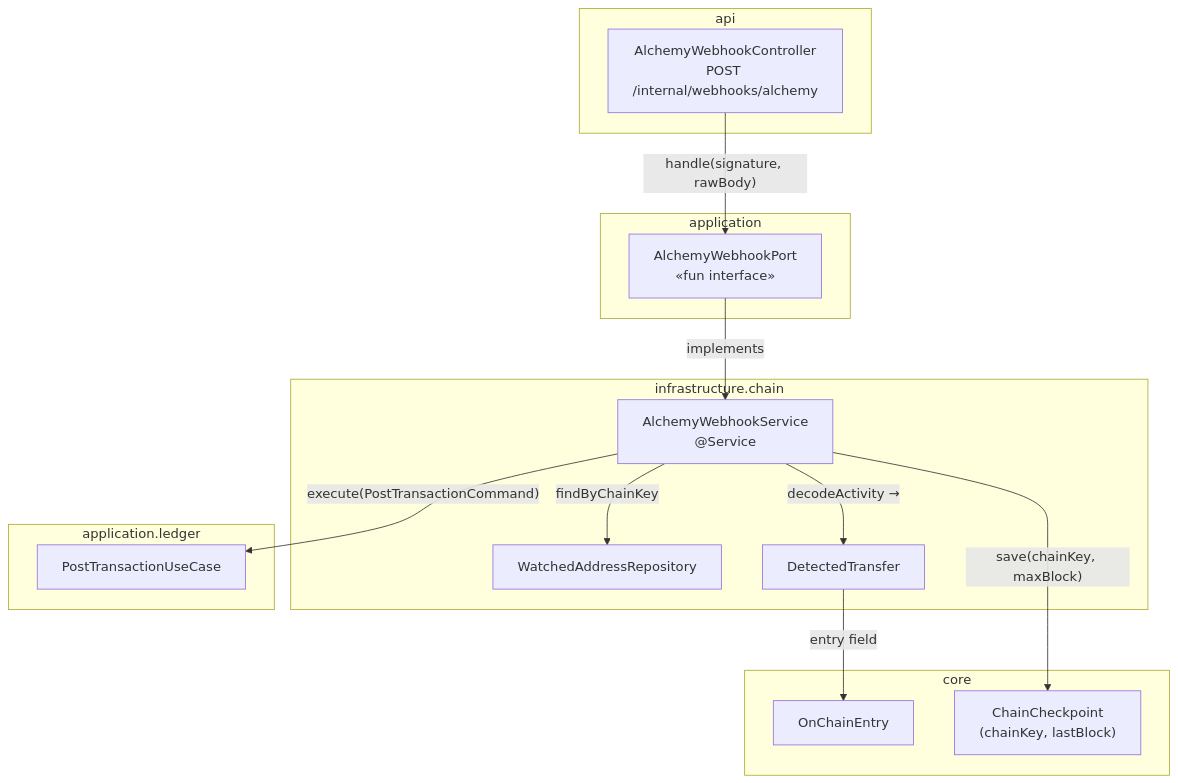
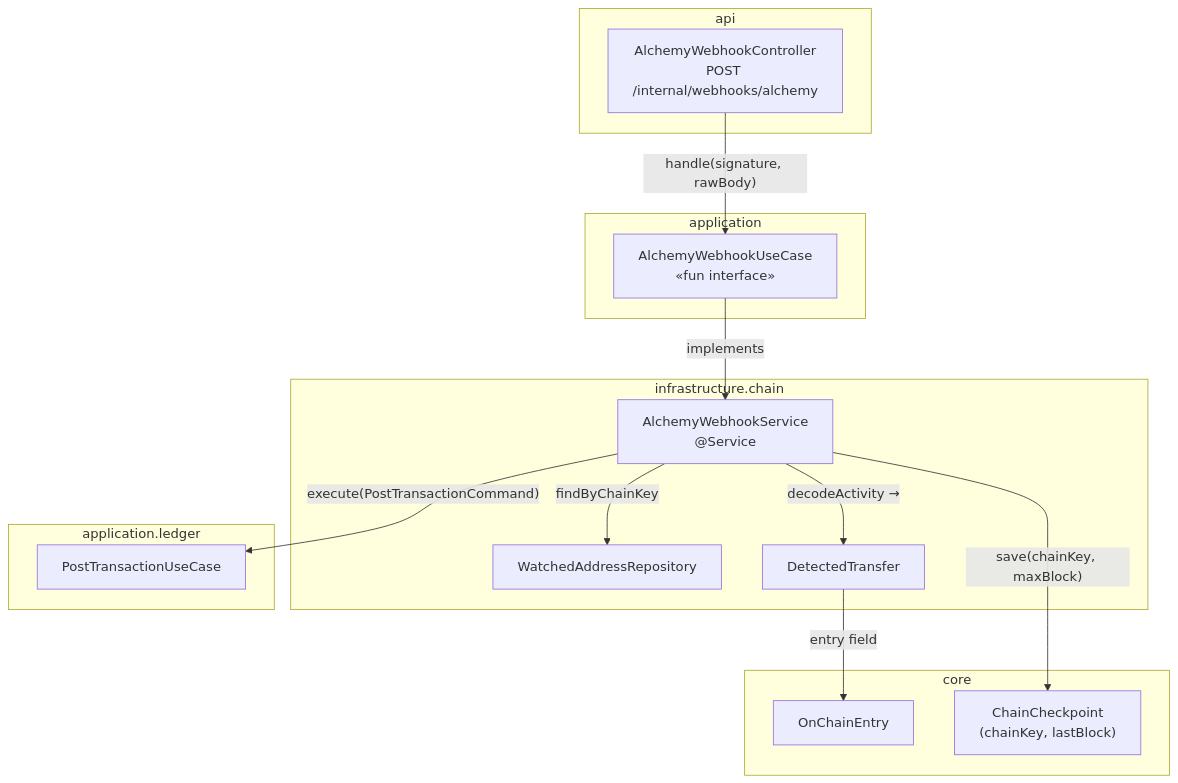
The first of 3 diagrams in docs/evm-webhook-receiver.md (idem-finance/idem), drawn with Mermaid before and after one commit. The commit also changed other lines of this file and 9 other files, not shown here.

First line of the commit message:
refactor: rename AlchemyWebhookPort and QuickNodeWebhookPort to *UseCase (#131)

````diff
--- a/docs/evm-webhook-receiver.md
+++ b/docs/evm-webhook-receiver.md
@@ -30,33 +30,33 @@
 ```mermaid
 graph TD
     subgraph api
         CTRL["AlchemyWebhookController\nPOST /internal/webhooks/alchemy"]
     end
 
     subgraph application
-        PORT["AlchemyWebhookPort\n«fun interface»"]
+        PORT["AlchemyWebhookUseCase\n«fun interface»"]
     end
 
     subgraph infrastructure.chain
         SVC["AlchemyWebhookService\n@Service"]
         WAR["WatchedAddressRepository"]
         DT["DetectedTransfer"]
     end
 
     subgraph core
         OnChainEntry["OnChainEntry"]
         ChainCheckpoint["ChainCheckpoint\n(chainKey, lastBlock)"]
     end
 
     subgraph application.ledger
         PS["PostTransactionUseCase"]
     end
 
     CTRL -->|"handle(signature, rawBody)"| PORT
     PORT -->|"implements"| SVC
     SVC -->|"findByChainKey"| WAR
     SVC -->|"decodeActivity → "| DT
     DT -->|"entry field"| OnChainEntry
     SVC -->|"execute(PostTransactionCommand)"| PS
     SVC -->|"save(chainKey, maxBlock)"| ChainCheckpoint
 ```
````
